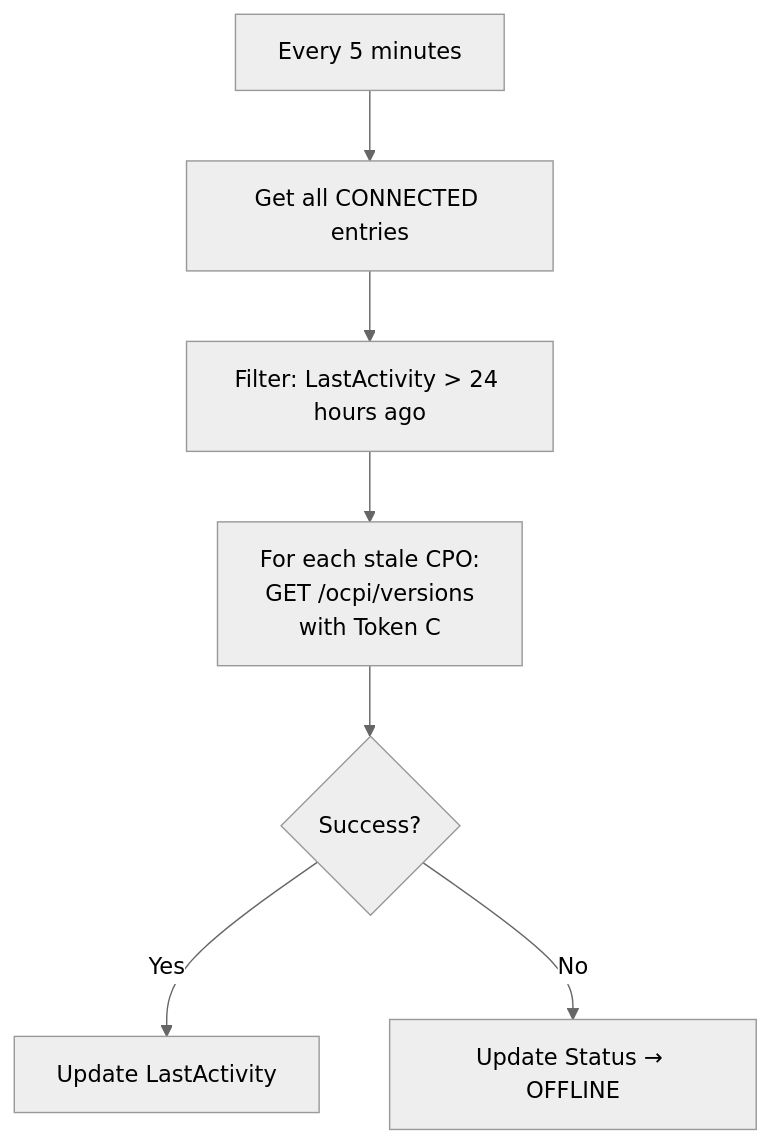
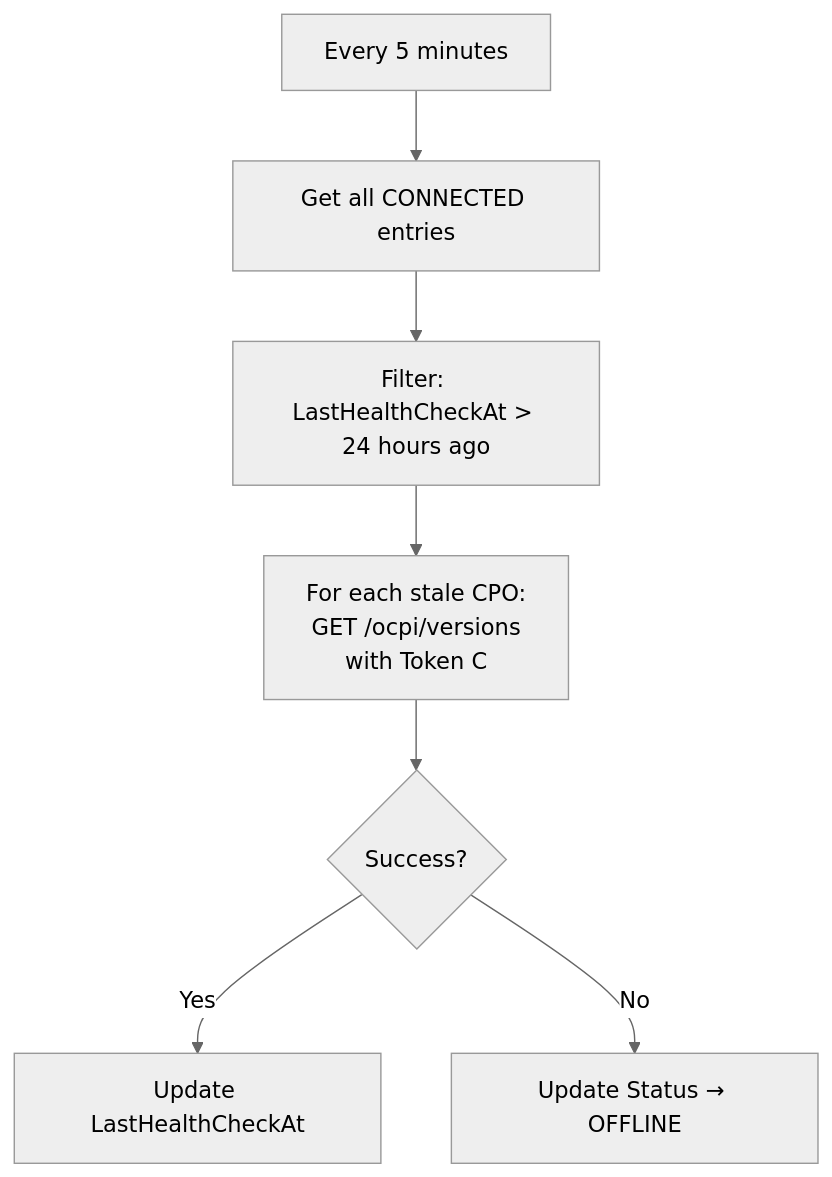
Diagram 13 of 14 in docs/cpo-registry.md (hannan-m/DotOcpi), drawn with Mermaid (neutral theme) before and after one commit. The commit also changed other lines of this file and 5 other files, not shown here.

````diff
--- a/docs/cpo-registry.md
+++ b/docs/cpo-registry.md
@@ -451,9 +444,9 @@
 ```mermaid
 graph TD
     Timer["Every 5 minutes"] --> GetAll["Get all CONNECTED entries"]
-    GetAll --> Filter["Filter: LastActivity > 24 hours ago"]
+    GetAll --> Filter["Filter: LastHealthCheckAt > 24 hours ago"]
     Filter --> Probe["For each stale CPO:<br/>GET /ocpi/versions<br/>with Token C"]
     Probe --> Success{Success?}
-    Success -->|Yes| Update["Update LastActivity"]
+    Success -->|Yes| Update["Update LastHealthCheckAt"]
     Success -->|No| MarkOffline["Update Status → OFFLINE"]
 ```
````
